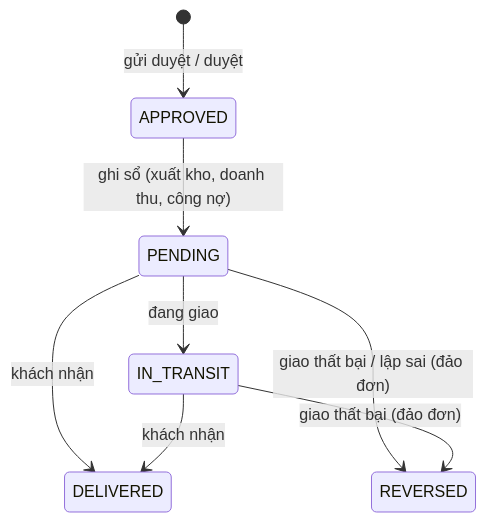
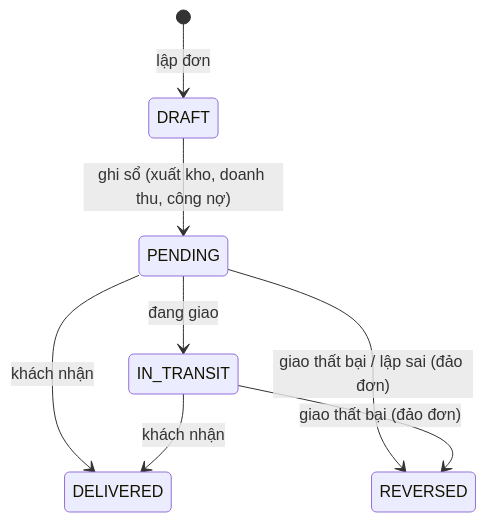
One commit to haict/pqb_ai changed the fifth of 13 diagrams in inventory-management-ai-skeleton/docs/05-workflow.md. Above: the diagram before and after it, drawn with Mermaid. The commit also changed other lines of this file and 225 other files, not shown here.

````diff
--- a/inventory-management-ai-skeleton/docs/05-workflow.md
+++ b/inventory-management-ai-skeleton/docs/05-workflow.md
@@ -83,10 +79,10 @@
 ```mermaid
 stateDiagram-v2
-    [*] --> APPROVED: gửi duyệt / duyệt
-    APPROVED --> PENDING: ghi sổ (xuất kho, doanh thu, công nợ)
+    [*] --> DRAFT: lập đơn
+    DRAFT --> PENDING: ghi sổ (xuất kho, doanh thu, công nợ)
     PENDING --> IN_TRANSIT: đang giao
     PENDING --> DELIVERED: khách nhận
     IN_TRANSIT --> DELIVERED: khách nhận
     PENDING --> REVERSED: giao thất bại / lập sai (đảo đơn)
     IN_TRANSIT --> REVERSED: giao thất bại (đảo đơn)
 ```
````
